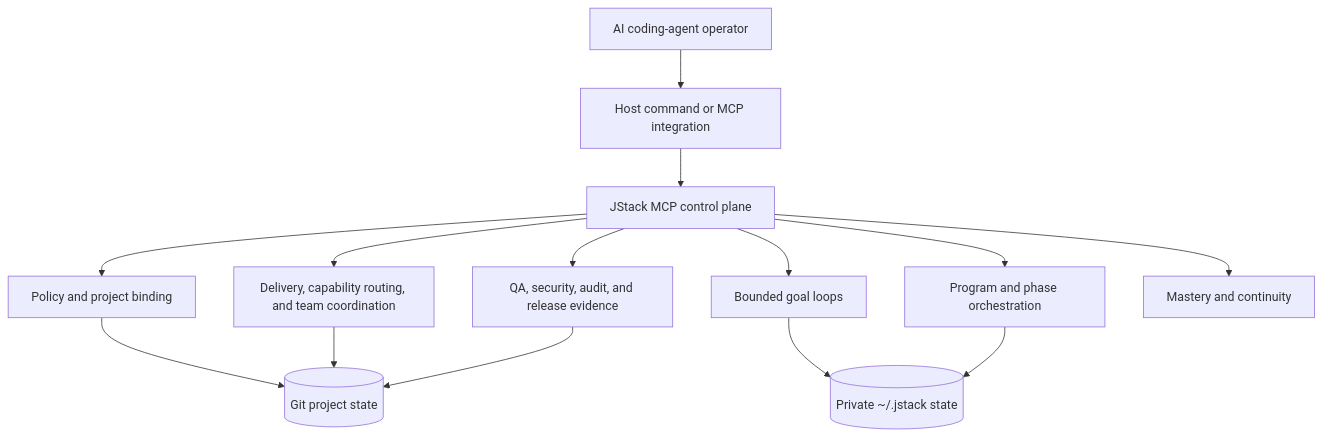
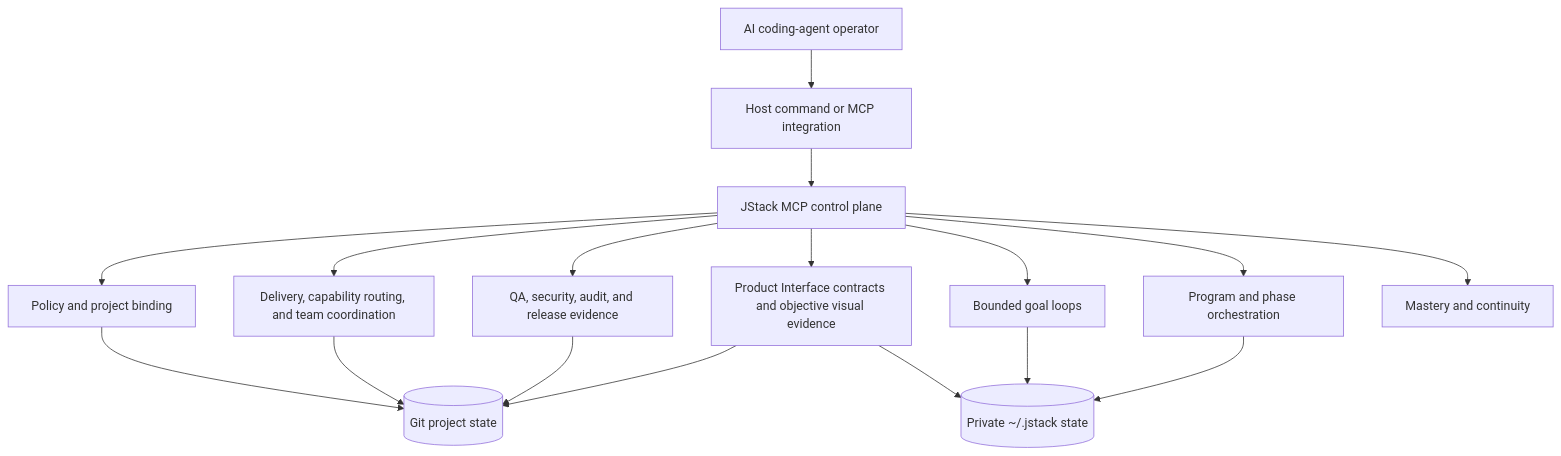
Before and after one commit to JarodFroneman/jstack: the second of 2 diagrams in README.md, drawn with Mermaid. The commit also changed other lines of this file and 113 other files, not shown here.

Commit message:
release: JStack v0.10.0-beta.2 Product Interface System

````diff
--- a/README.md
+++ b/README.md
@@ -283,18 +340,21 @@
 ```mermaid
 flowchart TB
     U[AI coding-agent operator] --> H[Host command or MCP integration]
     H --> M[JStack MCP control plane]
 
     M --> P[Policy and project binding]
     M --> D[Delivery, capability routing, and team coordination]
+    M --> UIC[Product Interface contracts and objective visual evidence]
     M --> E[QA, security, audit, and release evidence]
     M --> L[Bounded goal loops]
     M --> R[Program and phase orchestration]
     M --> T[Mastery and continuity]
 
     P --> G[(Git project state)]
     D --> G
     E --> G
+    UIC --> G
+    UIC --> X
     L --> X[(Private ~/.jstack state)]
     R --> X
 ```
````
